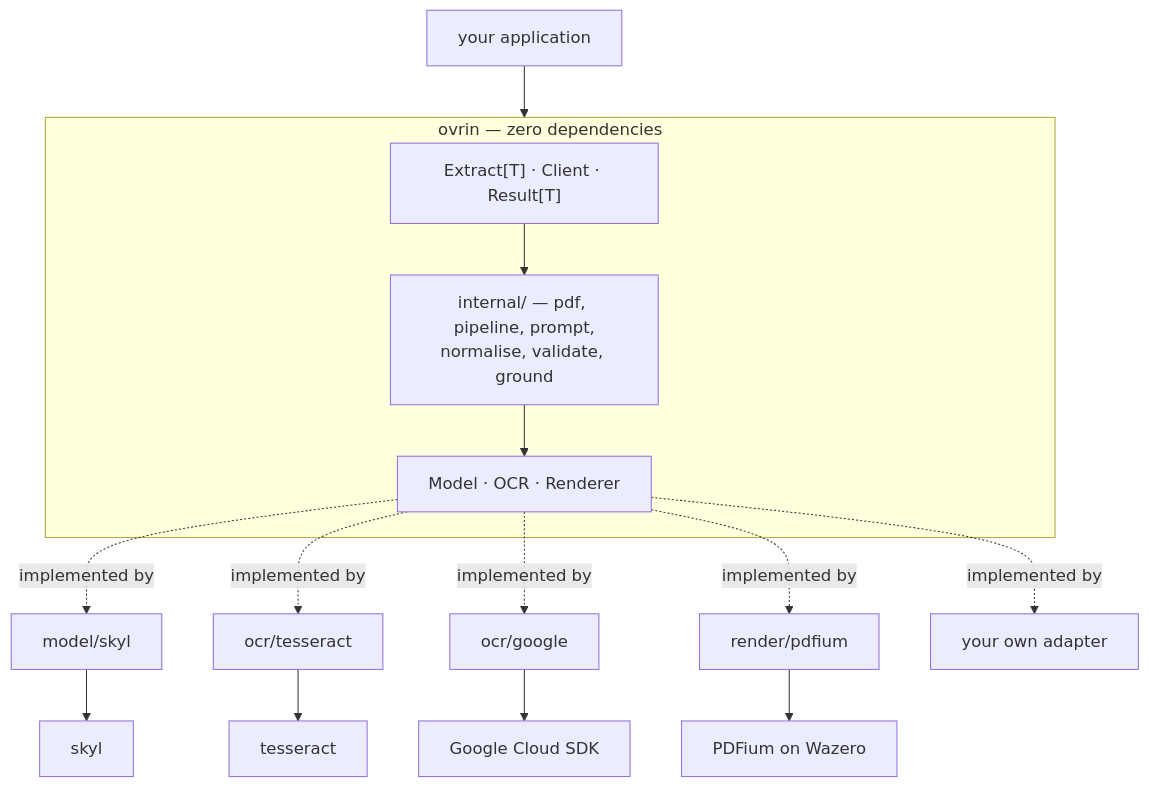
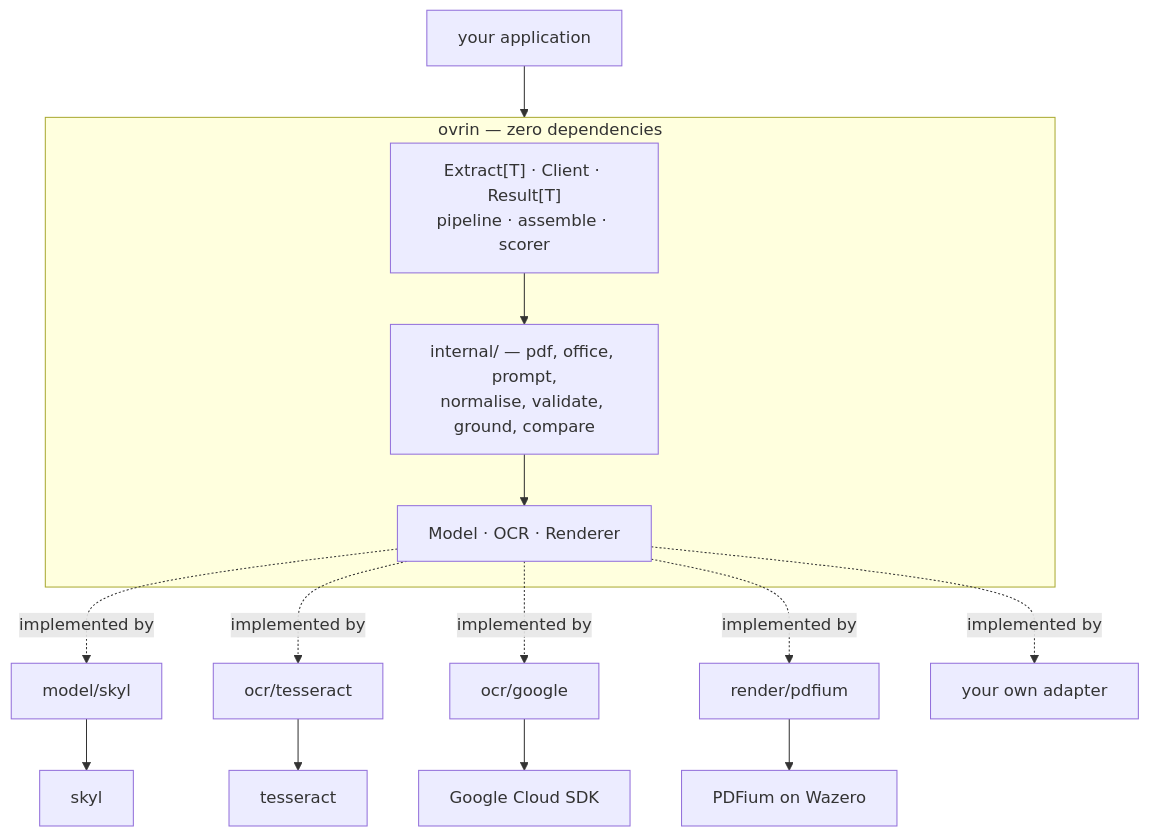
The first of 2 diagrams in docs/architecture.md (BAGOMBEKA-JOB-DEV/ovrin), drawn with Mermaid before and after one commit. The commit also changed other lines of this file and 24 other files, not shown here.

````diff
--- a/docs/architecture.md
+++ b/docs/architecture.md
@@ -63,23 +72,23 @@
 ```mermaid
 flowchart TD
     user["your application"] --> core
 
     subgraph core["ovrin — zero dependencies"]
-        api["Extract[T] · Client · Result[T]"]
+        api["Extract[T] · Client · Result[T]<br/>pipeline · assemble · scorer"]
         seams["Model · OCR · Renderer"]
-        impl["internal/ — pdf, pipeline, prompt,<br/>normalise, validate, ground"]
+        impl["internal/ — pdf, office, prompt,<br/>normalise, validate, ground, compare"]
         api --> impl
         impl --> seams
     end
 
     seams -.implemented by.-> skyl["model/skyl"]
     seams -.implemented by.-> tess["ocr/tesseract"]
     seams -.implemented by.-> goog["ocr/google"]
     seams -.implemented by.-> pdfium["render/pdfium"]
     seams -.implemented by.-> yours["your own adapter"]
 
     skyl --> skyllib["skyl"]
     tess --> tesslib["tesseract"]
     goog --> gcp["Google Cloud SDK"]
     pdfium --> wazero["PDFium on Wazero"]
 ```
````
